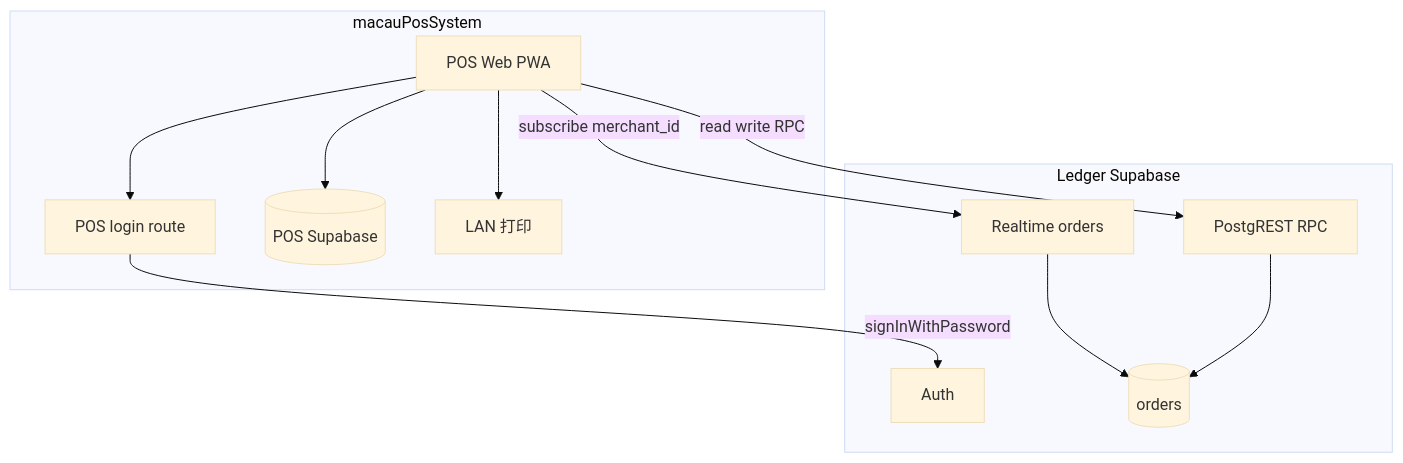
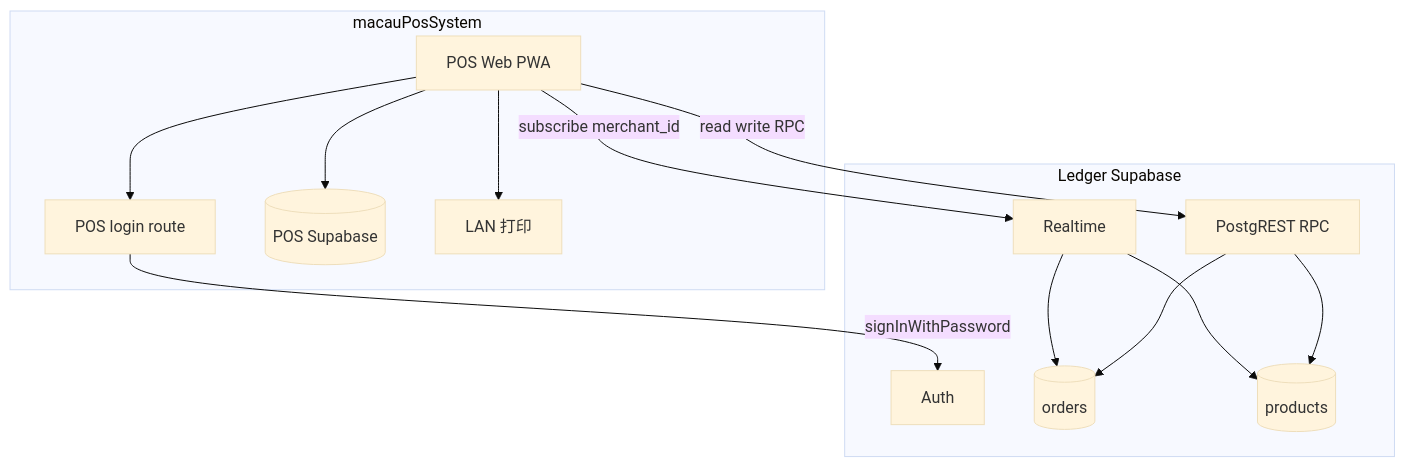
One commit to homeu98-glitch/macauPosSystem changed the first of 4 diagrams in docs/integration/ledger-client-api.md. Above: the diagram before and after it, drawn with Mermaid (base theme). The commit also changed other lines of this file and 26 other files, not shown here.

````diff
--- a/docs/integration/ledger-client-api.md
+++ b/docs/integration/ledger-client-api.md
@@ -69,25 +74,28 @@
 ```mermaid
 flowchart TB
   subgraph pos [macauPosSystem]
     PosUI[POS Web PWA]
     PosLogin[POS login route]
     PosDB[(POS Supabase)]
     PosPrint[LAN 打印]
   end
 
   subgraph ledgerSb [Ledger Supabase]
     Auth[Auth]
     RPC[PostgREST RPC]
-    RT[Realtime orders]
+    RT[Realtime]
     Orders[(orders)]
+    Products[(products)]
   end
 
   PosUI --> PosLogin
   PosLogin -->|signInWithPassword| Auth
   PosUI -->|read write RPC| RPC
   PosUI -->|subscribe merchant_id| RT
   RT --> Orders
+  RT --> Products
   RPC --> Orders
+  RPC --> Products
   PosUI --> PosDB
   PosUI --> PosPrint
 ```
````
